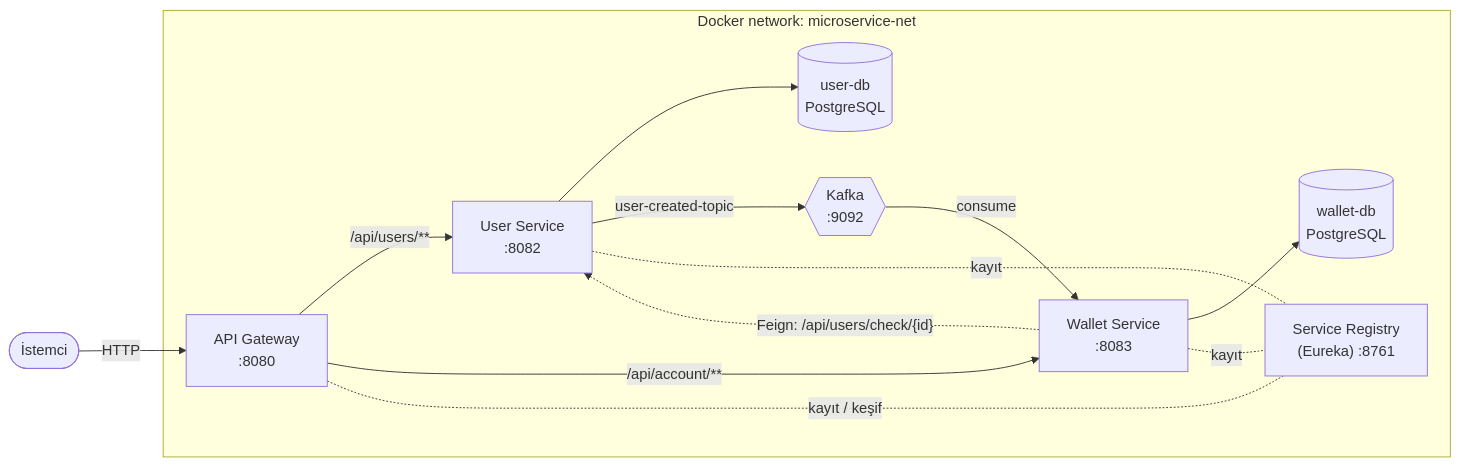
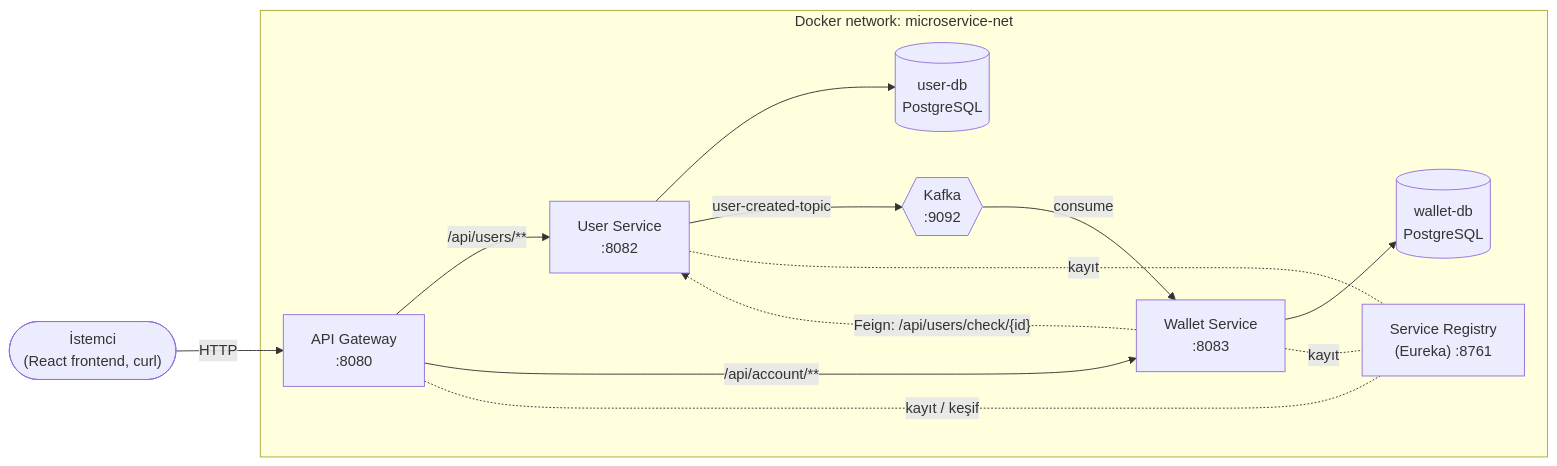
The first of 4 diagrams in docs/teknik-dokuman.md (merveartut/microservice-wallet-spring), drawn with Mermaid before and after one commit. The commit also changed other lines of this file and 5 other files, not shown here.

````diff
--- a/docs/teknik-dokuman.md
+++ b/docs/teknik-dokuman.md
@@ -58,26 +59,26 @@
 ```mermaid
 flowchart LR
-    Client([İstemci])
+    Client(["İstemci<br/>(React frontend, curl)"])
 
     subgraph Docker["Docker network: microservice-net"]
         GW["API Gateway<br/>:8080"]
         REG["Service Registry<br/>(Eureka) :8761"]
         US["User Service<br/>:8082"]
         WS["Wallet Service<br/>:8083"]
         UDB[("user-db<br/>PostgreSQL")]
         WDB[("wallet-db<br/>PostgreSQL")]
         K{{"Kafka<br/>:9092"}}
     end
 
     Client -->|HTTP| GW
     GW -->|"/api/users/**"| US
     GW -->|"/api/account/**"| WS
     US --> UDB
     WS --> WDB
     US -->|"user-created-topic"| K
     K -->|consume| WS
     WS -.->|"Feign: /api/users/check/{id}"| US
     GW -. kayıt / keşif .- REG
     US -. kayıt .- REG
     WS -. kayıt .- REG
 ```
````
